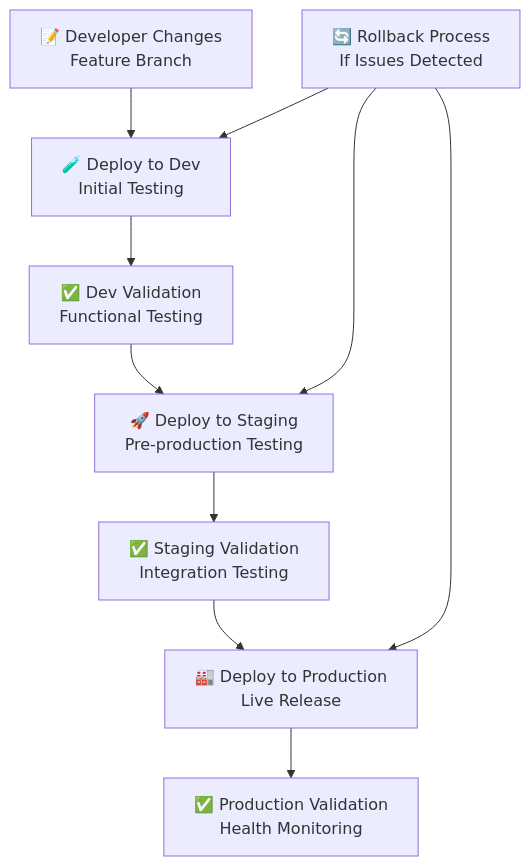
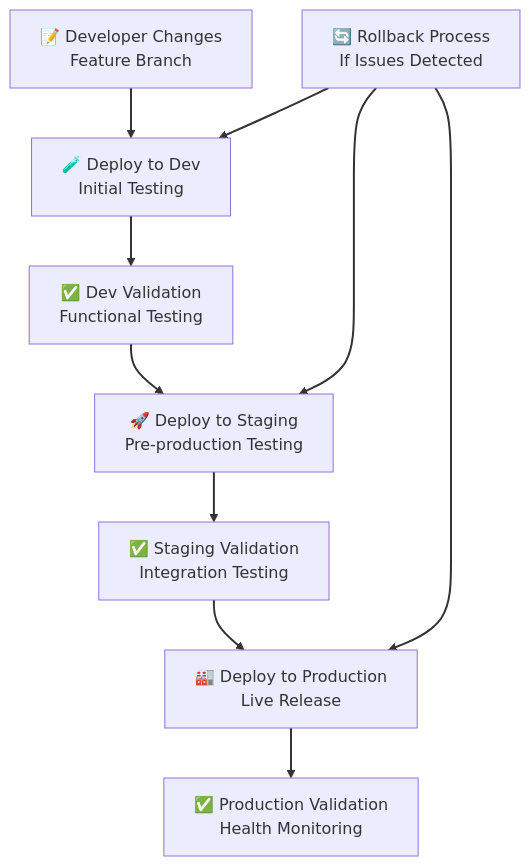
Before and after one commit to Celtikill/static-site: the third of 6 diagrams in docs/deployment.md, drawn with Mermaid. The commit also changed other lines of this file and 17 other files, not shown here.

````diff
--- a/docs/deployment.md
+++ b/docs/deployment.md
@@ -164,15 +174,27 @@
 ```mermaid
+%%{init: {'theme':'default', 'themeVariables': {'fontSize':'16px'}}}%%
 graph TD
+    accTitle: Progressive Deployment Strategy with Validation Gates
+    accDescr: Progressive deployment workflow implementing multi-stage validation with rollback capabilities at each tier. Developer changes start in feature branches enabling isolated development without impacting shared environments. Initial deployment to Development environment provides rapid feedback through functional testing validating basic functionality, unit tests, and component integration in cost-optimized infrastructure. Development validation confirms successful deployment before progression. Staging deployment provides pre-production testing in production-equivalent infrastructure validating performance, security controls, and operational procedures without live user exposure. Integration testing in staging validates cross-component interactions, third-party integrations, and end-to-end workflows ensuring system cohesion. Staging validation gates production deployment requiring explicit approval after successful validation. Production deployment delivers live release to end users with comprehensive health monitoring tracking response times, error rates, and business metrics. Production validation confirms deployment success through automated health checks and manual verification. Rollback processes protect each environment enabling rapid recovery from issues with automated rollback to development reverting failed changes immediately, rollback to staging restoring pre-production stability, and rollback to production executing emergency recovery procedures restoring last known good state. This progressive strategy balances deployment velocity with safety implementing validation gates at each tier catching issues progressively earlier where remediation costs are lower and blast radius is contained, while rollback capabilities ensure rapid recovery maintaining service availability and user trust.
+
     A["📝 Developer Changes<br/>Feature Branch"] --> B["🧪 Deploy to Dev<br/>Initial Testing"]
     B --> C["✅ Dev Validation<br/>Functional Testing"]
     C --> D["🚀 Deploy to Staging<br/>Pre-production Testing"]
     D --> E["✅ Staging Validation<br/>Integration Testing"]
     E --> F["🏭 Deploy to Production<br/>Live Release"]
     F --> G["✅ Production Validation<br/>Health Monitoring"]
 
     H["🔄 Rollback Process<br/>If Issues Detected"] --> B
     H --> D
     H --> F
 
-
+    linkStyle 0 stroke:#333333,stroke-width:2px
+    linkStyle 1 stroke:#333333,stroke-width:2px
+    linkStyle 2 stroke:#333333,stroke-width:2px
+    linkStyle 3 stroke:#333333,stroke-width:2px
+    linkStyle 4 stroke:#333333,stroke-width:2px
+    linkStyle 5 stroke:#333333,stroke-width:2px
+    linkStyle 6 stroke:#333333,stroke-width:2px
+    linkStyle 7 stroke:#333333,stroke-width:2px
+    linkStyle 8 stroke:#333333,stroke-width:2px
 ```
````
